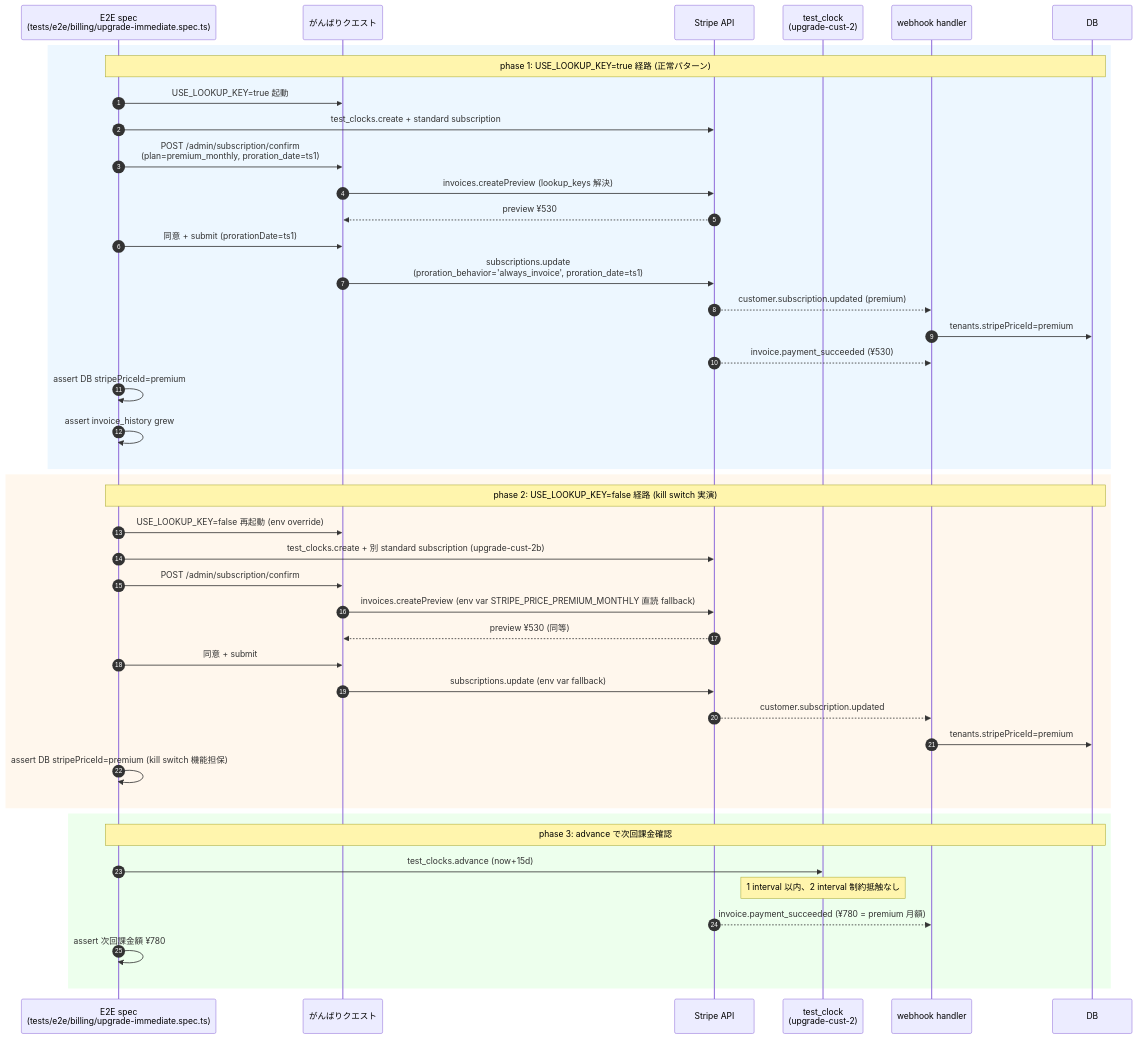
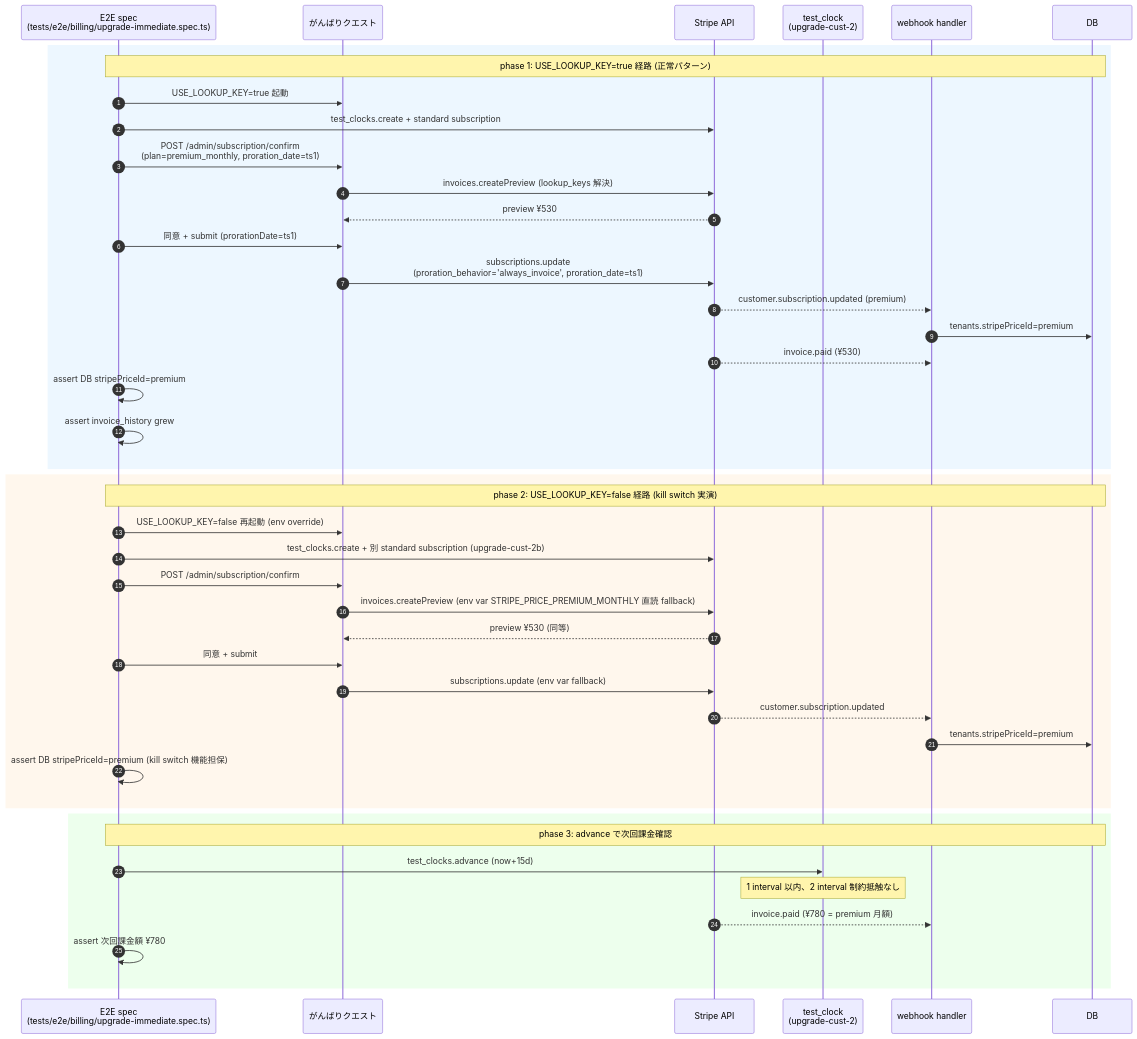
One commit to Takenori-Kusaka/ganbari-quest changed the second of 6 diagrams in docs/design/billing-redesign/phase6-test-clock-scenarios.md. Above: the diagram before and after it, drawn with Mermaid. The commit also changed other lines of this file and 20 other files, not shown here.

````diff
--- a/docs/design/billing-redesign/phase6-test-clock-scenarios.md
+++ b/docs/design/billing-redesign/phase6-test-clock-scenarios.md
@@ -138,48 +138,48 @@
 ```mermaid
 sequenceDiagram
     autonumber
     participant Test as E2E spec<br/>(tests/e2e/billing/upgrade-immediate.spec.ts)
     participant App as がんばりクエスト
     participant Stripe as Stripe API
     participant TestClock as test_clock<br/>(upgrade-cust-2)
     participant Webhook as webhook handler
     participant DB as DB
 
     rect rgba(220, 240, 255, 0.5)
     Note over Test,DB: phase 1: USE_LOOKUP_KEY=true 経路 (正常パターン)
     Test->>App: USE_LOOKUP_KEY=true 起動
     Test->>Stripe: test_clocks.create + standard subscription
     Test->>App: POST /admin/subscription/confirm<br/>(plan=premium_monthly, proration_date=ts1)
     App->>Stripe: invoices.createPreview (lookup_keys 解決)
     Stripe-->>App: preview ¥530
     Test->>App: 同意 + submit (prorationDate=ts1)
     App->>Stripe: subscriptions.update<br/>(proration_behavior='always_invoice', proration_date=ts1)
     Stripe-->>Webhook: customer.subscription.updated (premium)
     Webhook->>DB: tenants.stripePriceId=premium
-    Stripe-->>Webhook: invoice.payment_succeeded (¥530)
+    Stripe-->>Webhook: invoice.paid (¥530)
     Test->>Test: assert DB stripePriceId=premium
     Test->>Test: assert invoice_history grew
     end
 
     rect rgba(255, 240, 220, 0.5)
     Note over Test,DB: phase 2: USE_LOOKUP_KEY=false 経路 (kill switch 実演)
     Test->>App: USE_LOOKUP_KEY=false 再起動 (env override)
     Test->>Stripe: test_clocks.create + 別 standard subscription (upgrade-cust-2b)
     Test->>App: POST /admin/subscription/confirm
     App->>Stripe: invoices.createPreview (env var STRIPE_PRICE_PREMIUM_MONTHLY 直読 fallback)
     Stripe-->>App: preview ¥530 (同等)
     Test->>App: 同意 + submit
     App->>Stripe: subscriptions.update (env var fallback)
     Stripe-->>Webhook: customer.subscription.updated
     Webhook->>DB: tenants.stripePriceId=premium
     Test->>Test: assert DB stripePriceId=premium (kill switch 機能担保)
     end
 
     rect rgba(220, 255, 220, 0.5)
     Note over Test,DB: phase 3: advance で次回課金確認
     Test->>TestClock: test_clocks.advance (now+15d)
     Note over TestClock: 1 interval 以内、2 interval 制約抵触なし
-    Stripe-->>Webhook: invoice.payment_succeeded (¥780 = premium 月額)
+    Stripe-->>Webhook: invoice.paid (¥780 = premium 月額)
     Test->>Test: assert 次回課金額 ¥780
     end
 ```
````
